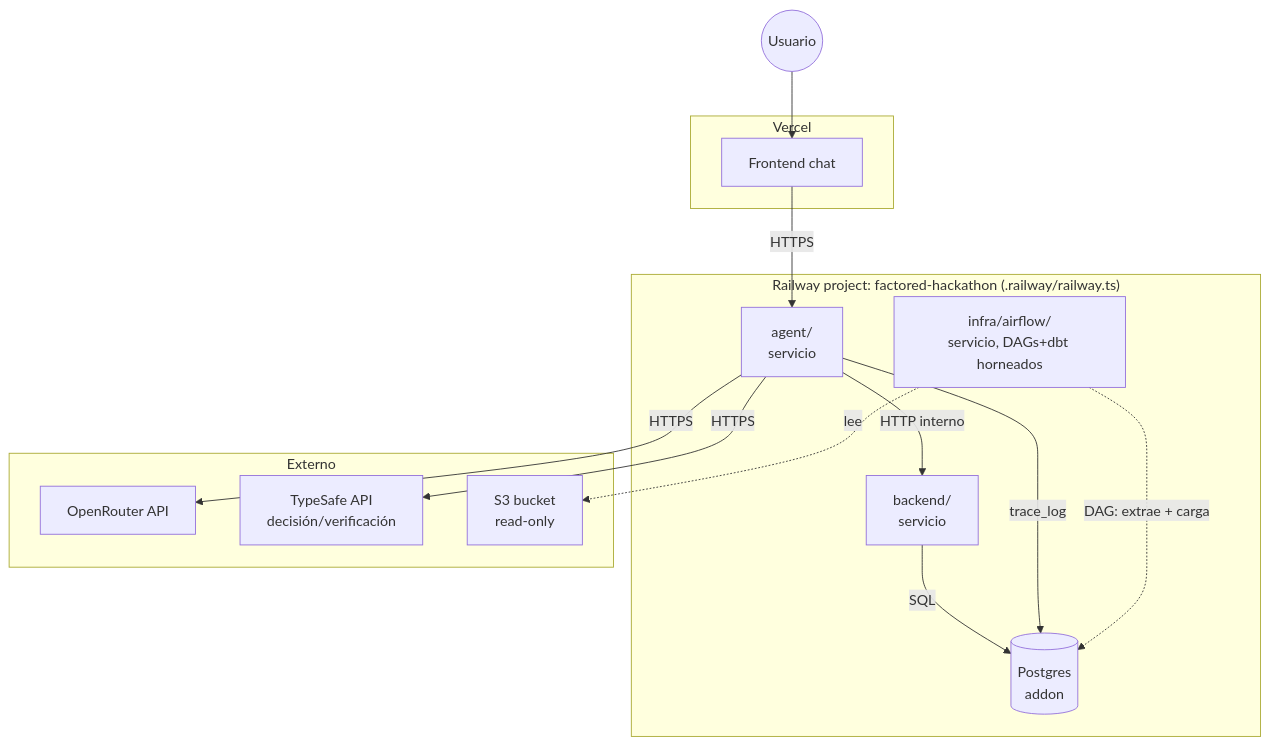
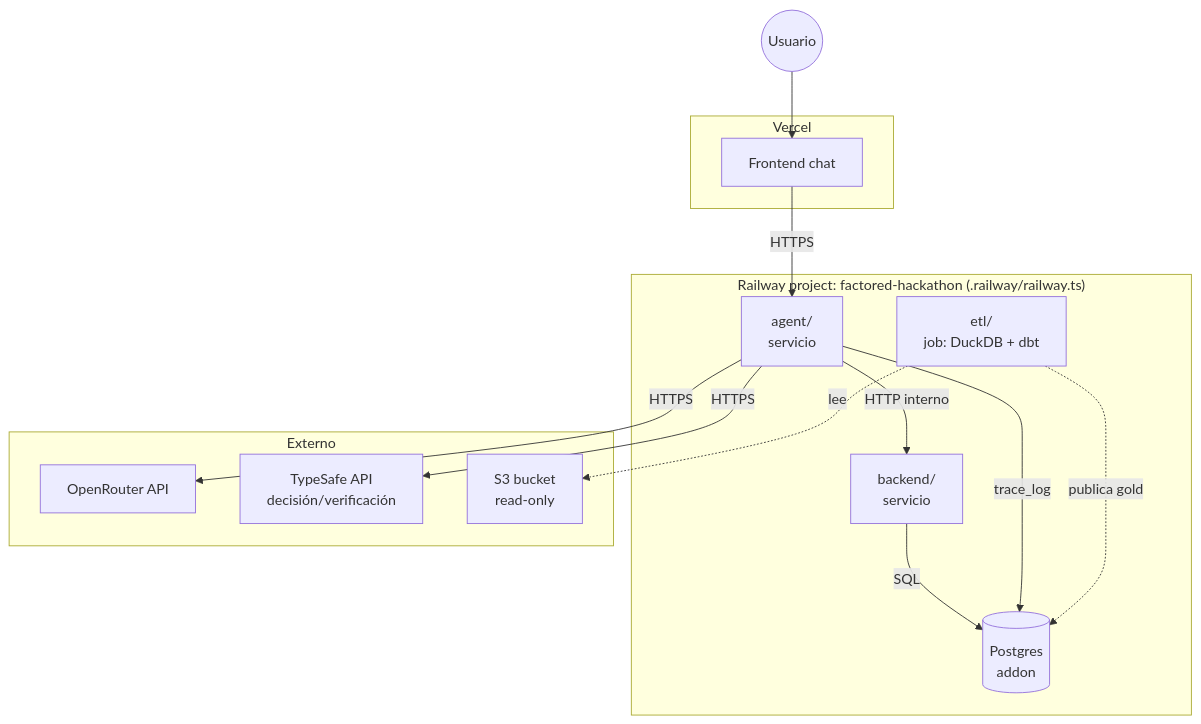
One commit to diego-rejalas/factored-hackathon-2026-bitcoders changed the second of 2 diagrams in spec/ARCHITECTURE.md. Above: the diagram before and after it, drawn with Mermaid. The commit also changed other lines of this file and 1 other file, not shown here.

Commit message:
docs: describe the DuckDB ETL job in the architecture and dbt docs

````diff
--- a/spec/ARCHITECTURE.md
+++ b/spec/ARCHITECTURE.md
@@ -55,30 +50,30 @@
 ```mermaid
 flowchart TB
     subgraph vercel["Vercel"]
         FE[Frontend chat]
     end
 
     subgraph railway["Railway project: factored-hackathon (.railway/railway.ts)"]
         AGENT[agent/<br/>servicio]
         BANK[backend/<br/>servicio]
-        AIRFLOW[infra/airflow/<br/>servicio, DAGs+dbt horneados]
+        ETL[etl/<br/>job: DuckDB + dbt]
         PG[(Postgres<br/>addon)]
     end
 
     subgraph external["Externo"]
         OR[OpenRouter API]
         TS[TypeSafe API<br/>decisión/verificación]
         S3[S3 bucket<br/>read-only]
     end
 
     USER((Usuario)) --> FE
     FE -->|HTTPS| AGENT
     AGENT -->|HTTP interno| BANK
     AGENT -->|HTTPS| OR
     AGENT -->|HTTPS| TS
     BANK -->|SQL| PG
     AGENT -->|trace_log| PG
 
-    AIRFLOW -.->|DAG: extrae + carga| PG
-    AIRFLOW -.->|lee| S3
+    ETL -.->|publica gold| PG
+    ETL -.->|lee| S3
 ```
````
